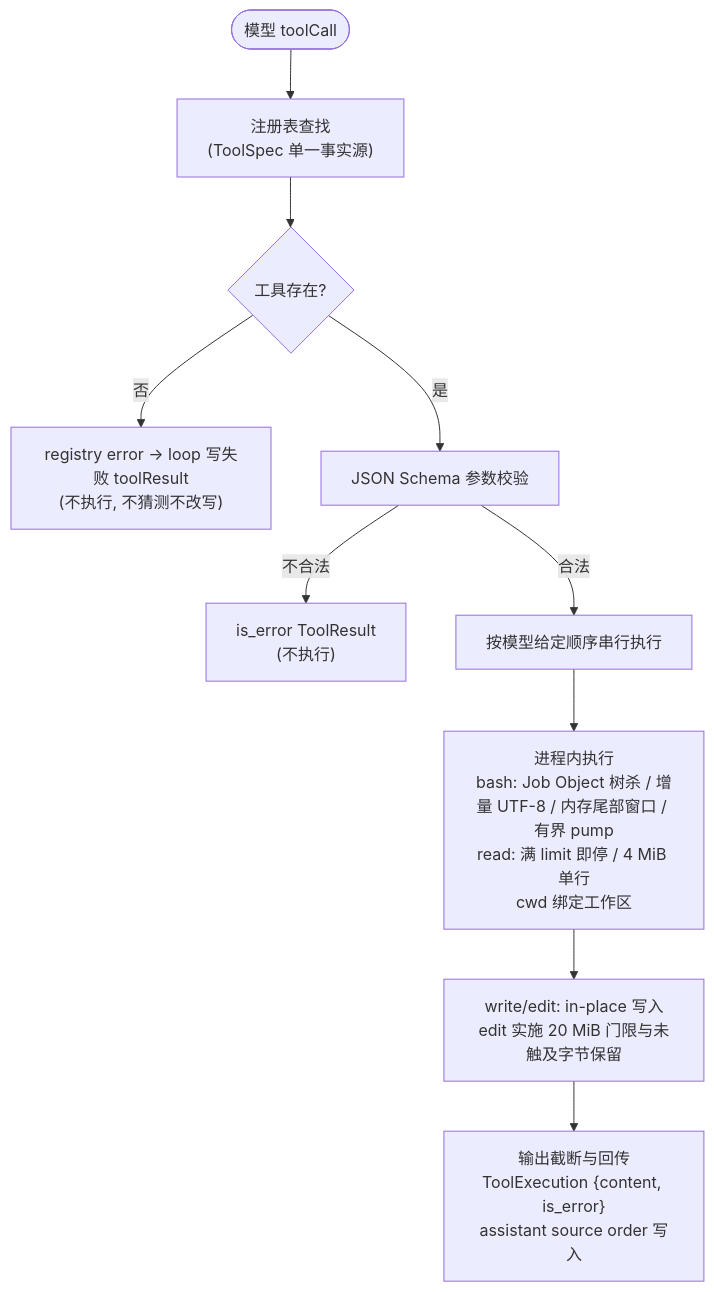
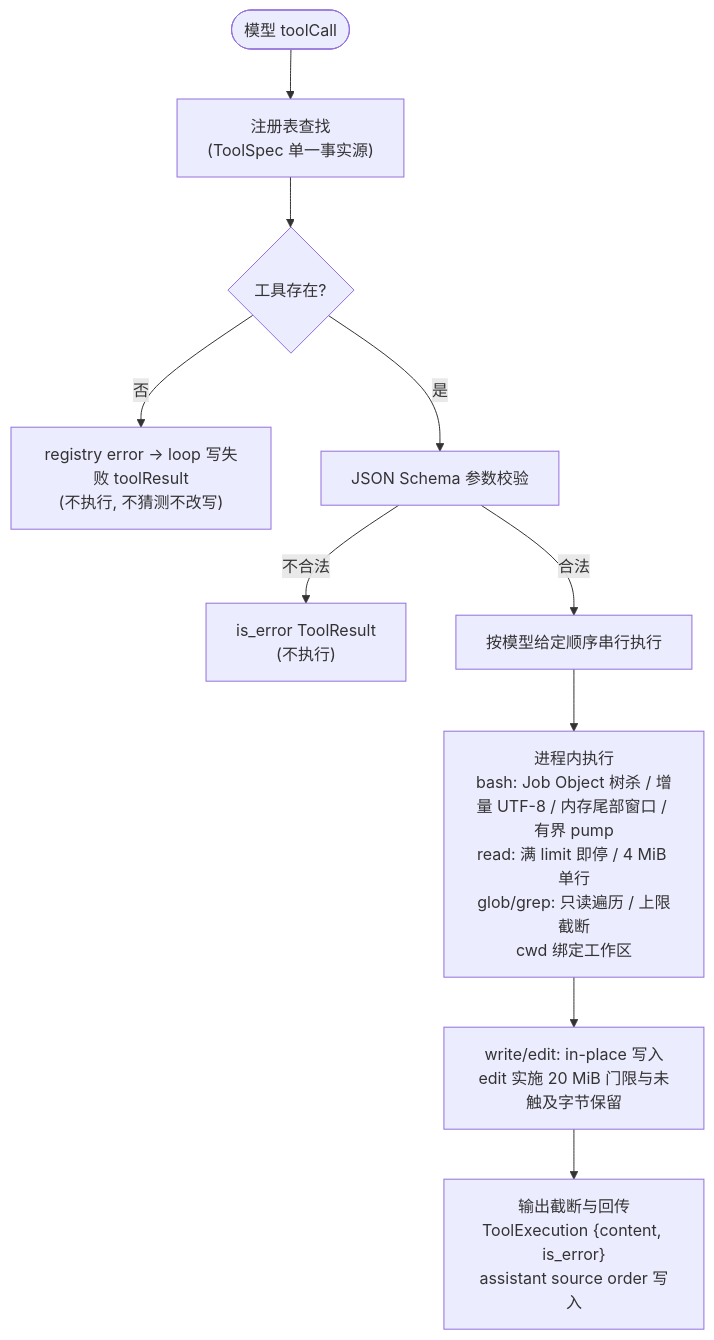
Before and after one commit to qjcnmd/singularity-agent: the fourth of 7 diagrams in docs/singularity.md, drawn with Mermaid. The commit also changed other lines of this file and 11 other files, not shown here.

First line of the commit message:
feat(agent): 新增 glob/grep 进程内只读工具与提示词指引（Phase 5）

````diff
--- a/docs/singularity.md
+++ b/docs/singularity.md
@@ -160,12 +162,12 @@
 ```mermaid
 flowchart TD
     A(["模型 toolCall"]) --> B["注册表查找<br/>(ToolSpec 单一事实源)"]
     B --> C{"工具存在?"}
     C -- 否 --> R1["registry error → loop 写失败 toolResult<br/>(不执行, 不猜测不改写)"]
     C -- 是 --> D["JSON Schema 参数校验"]
     D -- "不合法" --> R2["is_error ToolResult<br/>(不执行)"]
     D -- "合法" --> F1["按模型给定顺序串行执行"]
-    F1 --> F["进程内执行<br/>bash: Job Object 树杀 / 增量 UTF-8 / 内存尾部窗口 / 有界 pump<br/>read: 满 limit 即停 / 4 MiB 单行<br/>cwd 绑定工作区"]
+    F1 --> F["进程内执行<br/>bash: Job Object 树杀 / 增量 UTF-8 / 内存尾部窗口 / 有界 pump<br/>read: 满 limit 即停 / 4 MiB 单行<br/>glob/grep: 只读遍历 / 上限截断<br/>cwd 绑定工作区"]
     F --> G["write/edit: in-place 写入<br/>edit 实施 20 MiB 门限与未触及字节保留"]
     G --> H["输出截断与回传<br/>ToolExecution {content, is_error}<br/>assistant source order 写入"]
 ```
````
